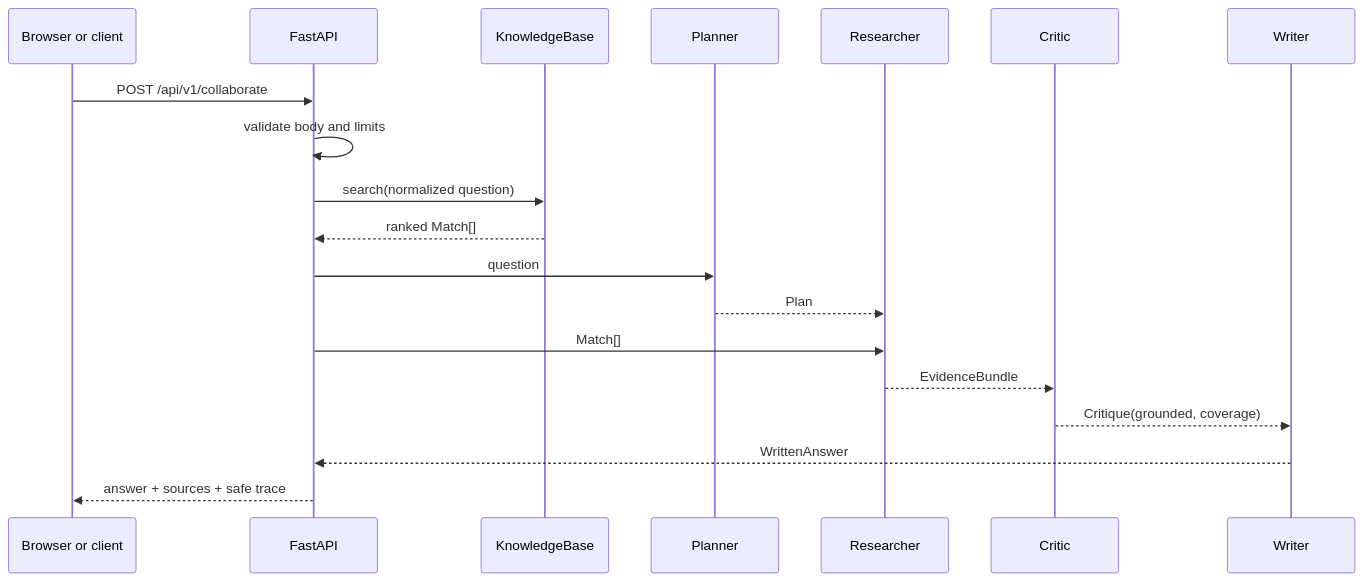
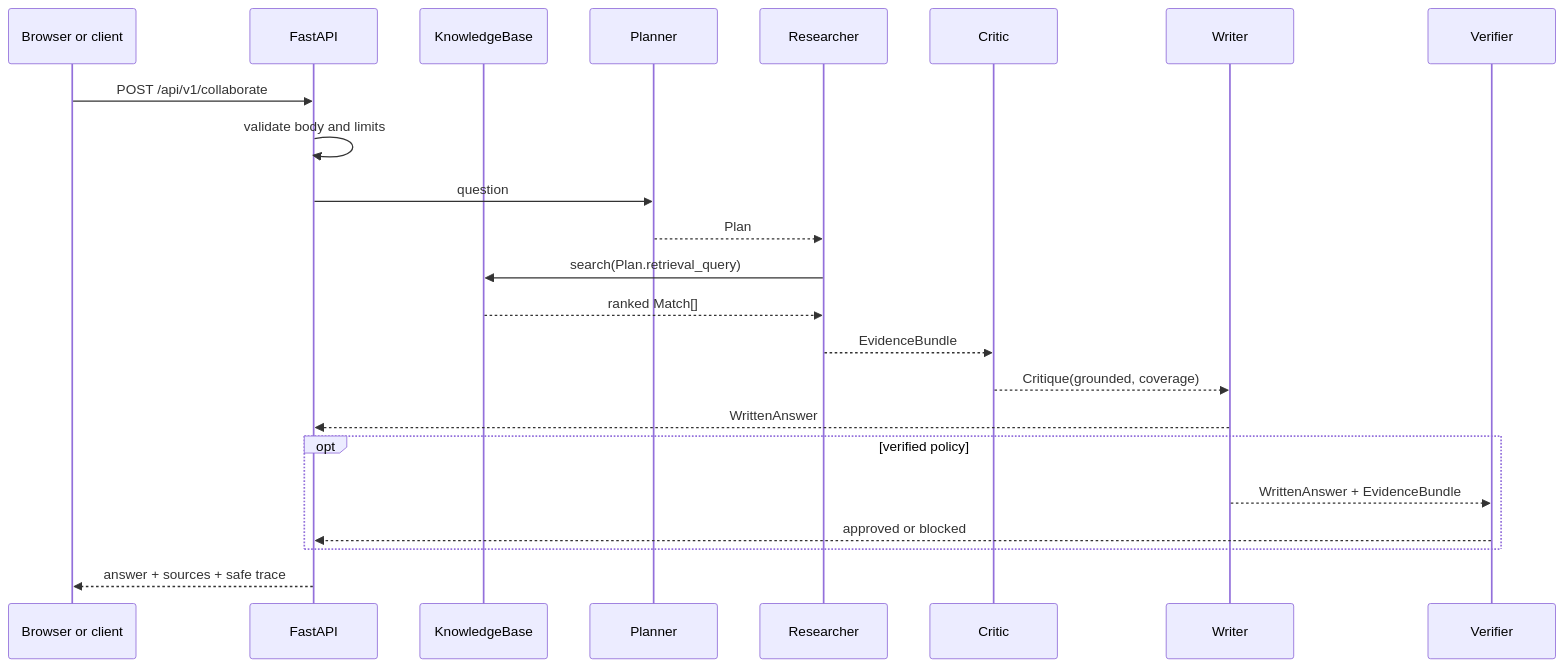
One commit to jzjzzzzzzz/agent-me changed the diagram in course/README.md. Above: the diagram before and after it, drawn with Mermaid. The commit also changed other lines of this file and 43 other files, not shown here.

````diff
--- a/course/README.md
+++ b/course/README.md
@@ -44,22 +44,26 @@
 ```mermaid
 sequenceDiagram
   participant U as Browser or client
   participant A as FastAPI
   participant K as KnowledgeBase
   participant P as Planner
   participant R as Researcher
   participant C as Critic
   participant W as Writer
+  participant V as Verifier
 
   U->>A: POST /api/v1/collaborate
   A->>A: validate body and limits
-  A->>K: search(normalized question)
-  K-->>A: ranked Match[]
   A->>P: question
   P-->>R: Plan
-  A->>R: Match[]
+  R->>K: search(Plan.retrieval_query)
+  K-->>R: ranked Match[]
   R-->>C: EvidenceBundle
   C-->>W: Critique(grounded, coverage)
   W-->>A: WrittenAnswer
+  opt verified policy
+    W-->>V: WrittenAnswer + EvidenceBundle
+    V-->>A: approved or blocked
+  end
   A-->>U: answer + sources + safe trace
 ```
````
